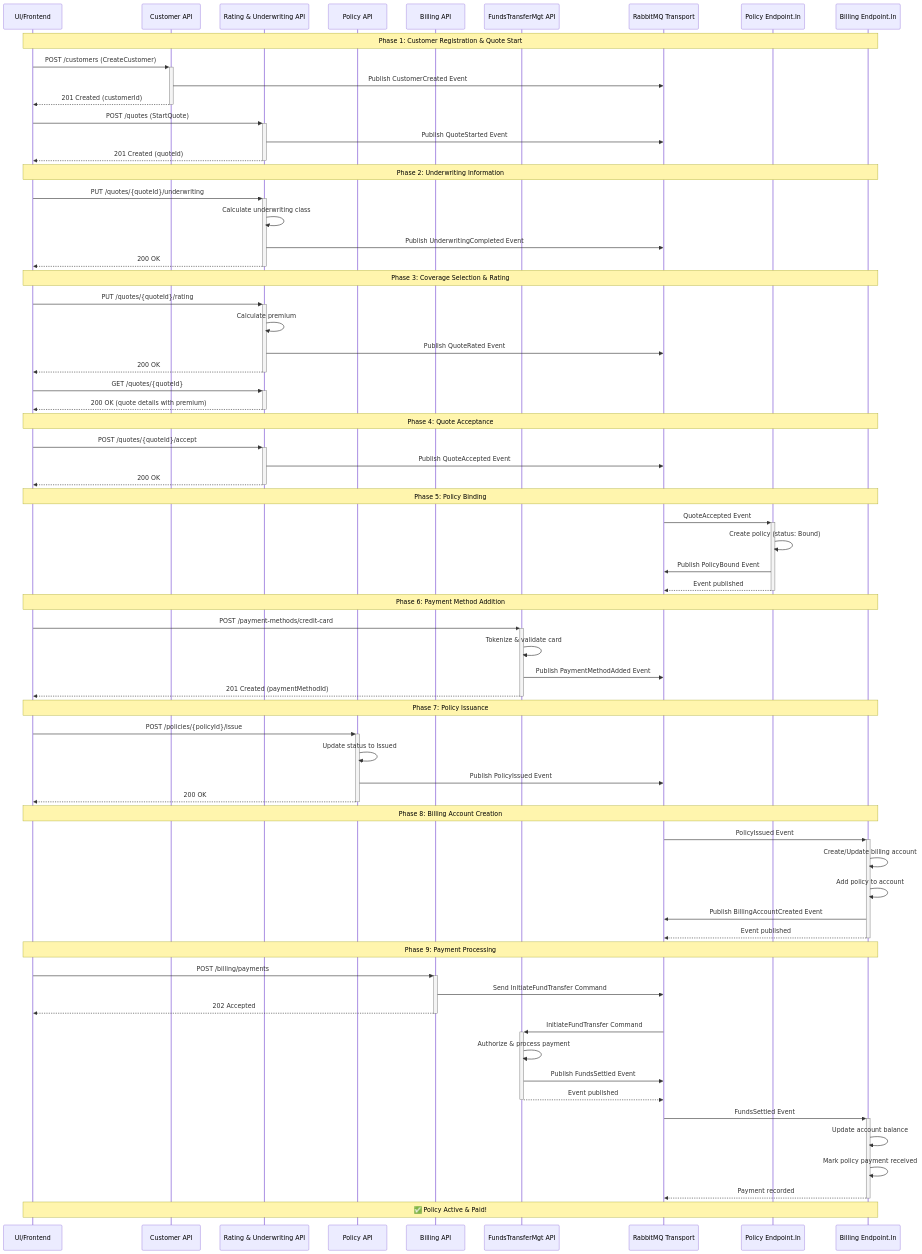
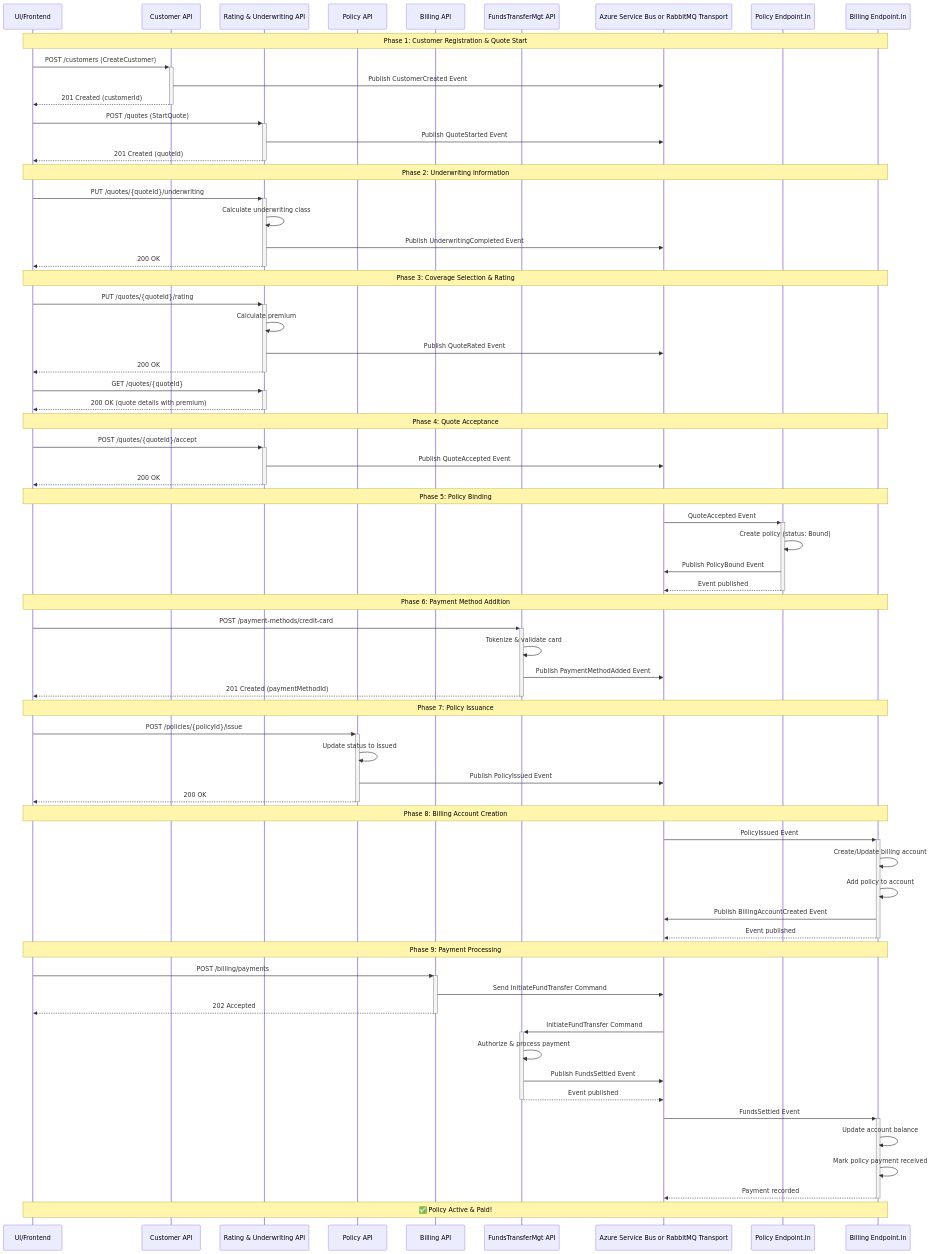
One commit to AIS-Commercial-Business-Unit/RiskInsure changed the diagram in docs/quote-to-bind-flow.md. Above: the diagram before and after it, drawn with Mermaid. The commit also changed 19 other files, not shown here.

```diff
--- a/docs/quote-to-bind-flow.md
+++ b/docs/quote-to-bind-flow.md
@@ -22,7 +22,7 @@
     participant PolicyAPI as Policy API
     participant BillingAPI as Billing API
     participant FundsAPI as FundsTransferMgt API
-    participant ServiceBus as RabbitMQ Transport
+    participant ServiceBus as Azure Service Bus or RabbitMQ Transport
     participant PolicyEndpoint as Policy Endpoint.In
     participant BillingEndpoint as Billing Endpoint.In
 
```
